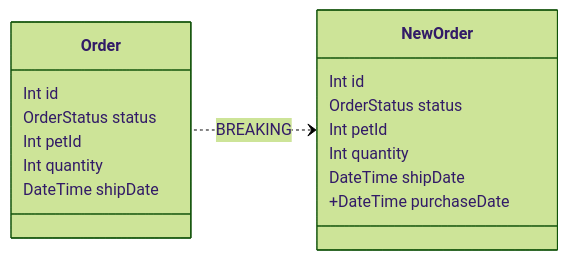
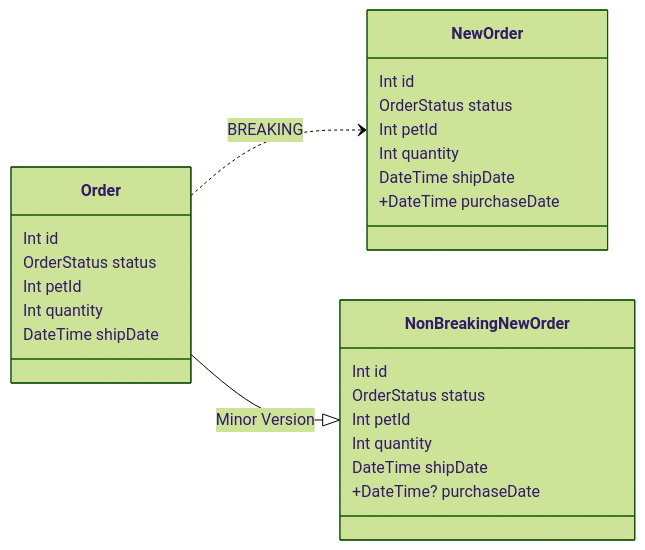
The third of 6 diagrams in docs/_posts/2023-05-03-api-design.md (cwboden/.dotfiles), drawn with Mermaid (forest theme) before and after one commit. The commit also changed other lines of this file, not shown here.

```diff
--- a/docs/_posts/2023-05-03-api-design.md
+++ b/docs/_posts/2023-05-03-api-design.md
@@ -100,20 +170,29 @@
 {% mermaid %}
 classDiagram
     direction RL
     NewOrder <.. Order : BREAKING
+    NonBreakingNewOrder <|-- Order : Minor Version
     class Order {
         Int id
         OrderStatus status
         Int petId
         Int quantity
         DateTime shipDate
     }
     class NewOrder {
         Int id
         OrderStatus status
         Int petId
         Int quantity
         DateTime shipDate
         +DateTime purchaseDate
     }
+    class NonBreakingNewOrder {
+        Int id
+        OrderStatus status
+        Int petId
+        Int quantity
+        DateTime shipDate
+        +DateTime? purchaseDate
+    }
 {% endmermaid %}
```
